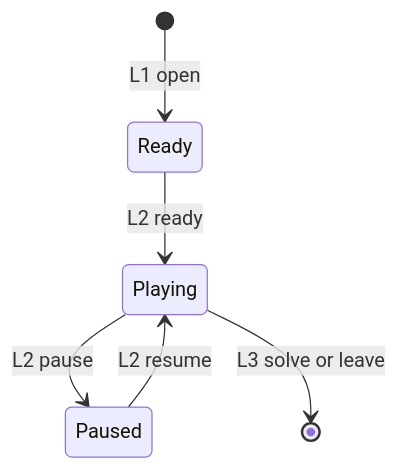
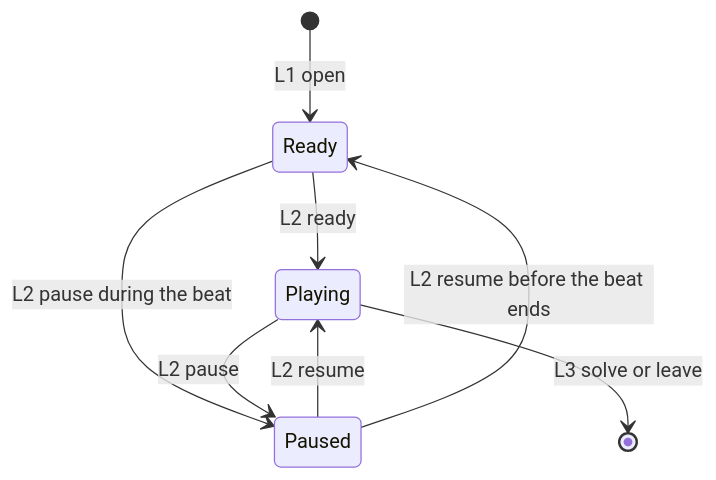
One commit to waigore/simplenono changed the diagram in specs/technical/schemata/attempt.md. Above: the diagram before and after it, drawn with Mermaid. The commit also changed 2 other files, not shown here.

Commit message:
Apply review-spec consistency fixes
Three minor findings from a technical-vs-design consistency review after
the design Spec fixes in #88:

- SCH-attempt diagram: add Ready -> Paused and Paused -> Ready
  transitions, matching sequences/pause.md B2 (pause allowed during the
  get-set-ready beat)
- SCH-puzzle-def F6/F7: use the design glossary terms "final result
  stage" / "first result stage" instead of "morph stage 1 / 2"
- design/game-state.md: GS.gallery-thumbnail derived value now says
  "stored generated picture" instead of the pre-#88 "pack image"

````diff
--- a/specs/technical/schemata/attempt.md
+++ b/specs/technical/schemata/attempt.md
@@ -45,8 +45,10 @@
 ```mermaid
 stateDiagram-v2
   [*] --> Ready: L1 open
   Ready --> Playing: L2 ready
+  Ready --> Paused: L2 pause during the beat
   Playing --> Paused: L2 pause
   Paused --> Playing: L2 resume
+  Paused --> Ready: L2 resume before the beat ends
   Playing --> [*]: L3 solve or leave
 ```
````
